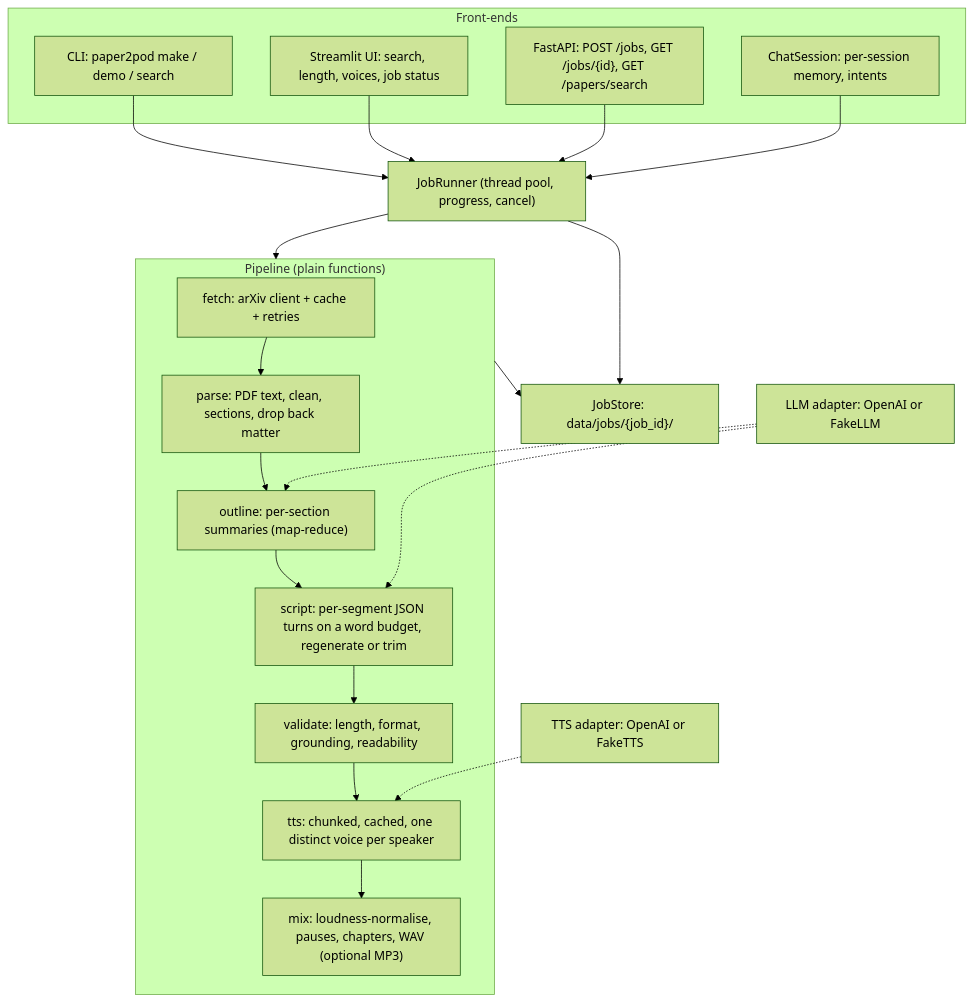
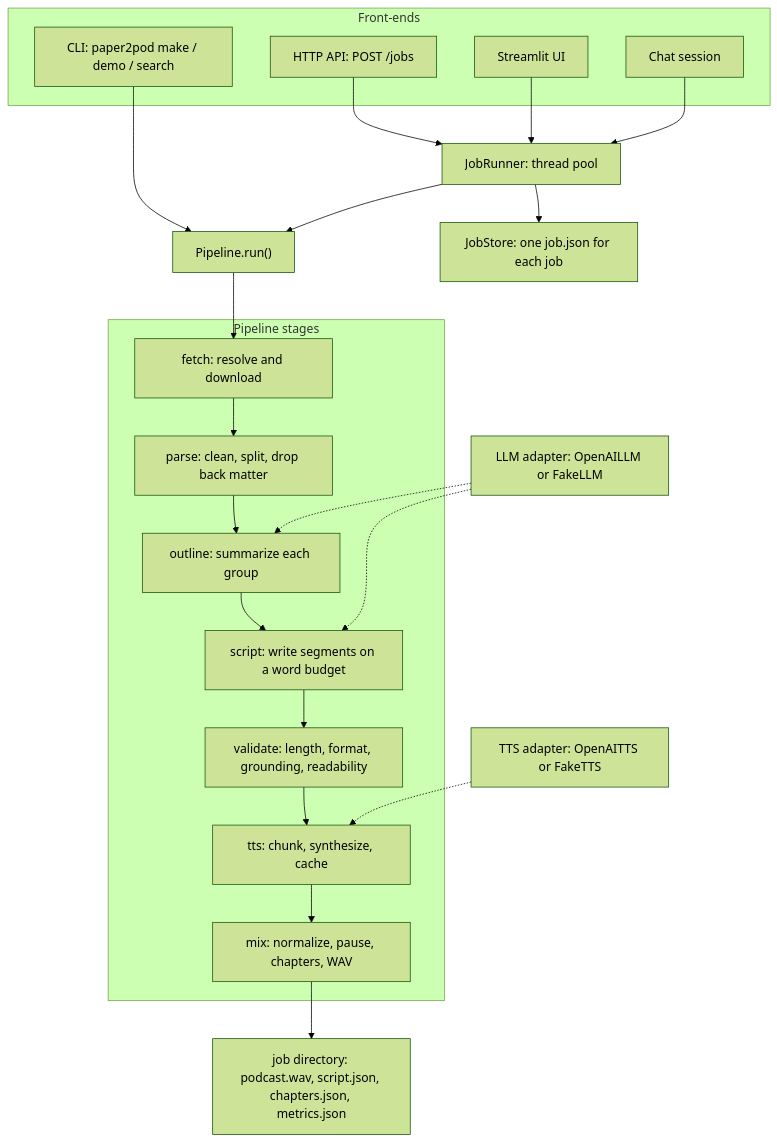
One commit to KrishnaAnnavaram/paper2pod changed the third of 3 diagrams in README.md. Above: the diagram before and after it, drawn with Mermaid (forest theme). The commit also changed other lines of this file and 3 other files, not shown here.

````diff
--- a/README.md
+++ b/README.md
@@ -22,23 +249,28 @@
 ```mermaid
 flowchart TB
-  subgraph fronts["Front-ends"]
-    CLI["CLI: paper2pod make / demo / search"]
-    UI["Streamlit UI: search, length, voices, job status"]
-    API["FastAPI: POST /jobs, GET /jobs/{id}, GET /papers/search"]
-    CHAT["ChatSession: per-session memory, intents"]
-  end
-  CLI & UI & API & CHAT --> RUN["JobRunner (thread pool, progress, cancel)"]
-  RUN --> STORE["JobStore: data/jobs/{job_id}/"]
-  subgraph pipeline["Pipeline (plain functions)"]
-    F["fetch: arXiv client + cache + retries"] --> P["parse: PDF text, clean, sections, drop back matter"]
-    P --> O["outline: per-section summaries (map-reduce)"]
-    O --> S["script: per-segment JSON turns on a word budget, regenerate or trim"]
-    S --> V["validate: length, format, grounding, readability"]
-    V --> T["tts: chunked, cached, one distinct voice per speaker"]
-    T --> M["mix: loudness-normalise, pauses, chapters, WAV (optional MP3)"]
-  end
-  RUN --> pipeline
-  pipeline --> STORE
-  LLM["LLM adapter: OpenAI or FakeLLM"] -.-> O & S
-  TTS["TTS adapter: OpenAI or FakeTTS"] -.-> T
+    subgraph FE["Front-ends"]
+        CLI["CLI: paper2pod make / demo / search"]
+        API["HTTP API: POST /jobs"]
+        UI["Streamlit UI"]
+        CHAT["Chat session"]
+    end
+    CLI --> PIPE
+    API --> RUN["JobRunner: thread pool"]
+    UI --> RUN
+    CHAT --> RUN
+    RUN --> PIPE["Pipeline.run()"]
+    RUN --> STORE["JobStore: one job.json for each job"]
+    subgraph PIPE_STAGES["Pipeline stages"]
+        F["fetch: resolve and download"] --> P["parse: clean, split, drop back matter"]
+        P --> O["outline: summarize each group"]
+        O --> S["script: write segments on a word budget"]
+        S --> V["validate: length, format, grounding, readability"]
+        V --> T["tts: chunk, synthesize, cache"]
+        T --> M["mix: normalize, pause, chapters, WAV"]
+    end
+    PIPE --> F
+    M --> FILES["job directory: podcast.wav, script.json, chapters.json, metrics.json"]
+    LLMA["LLM adapter: OpenAILLM or FakeLLM"] -.-> O
+    LLMA -.-> S
+    TTSA["TTS adapter: OpenAITTS or FakeTTS"] -.-> T
 ```
````
